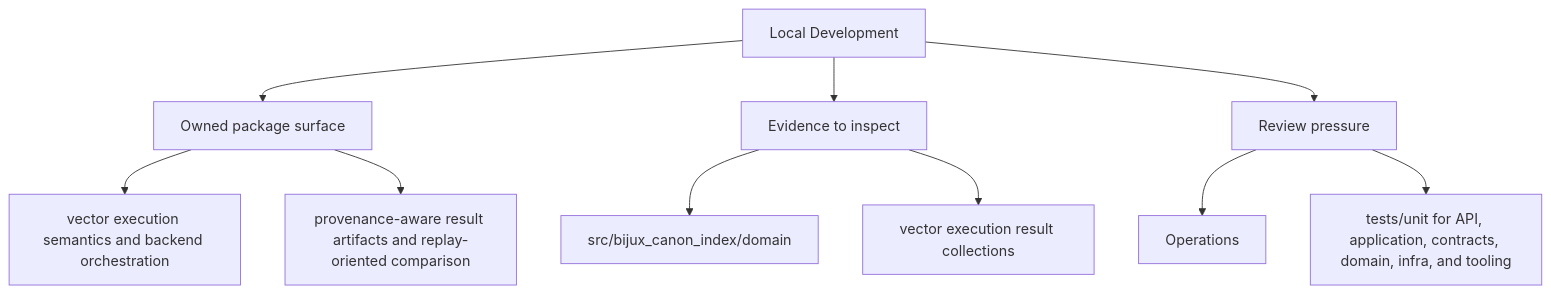
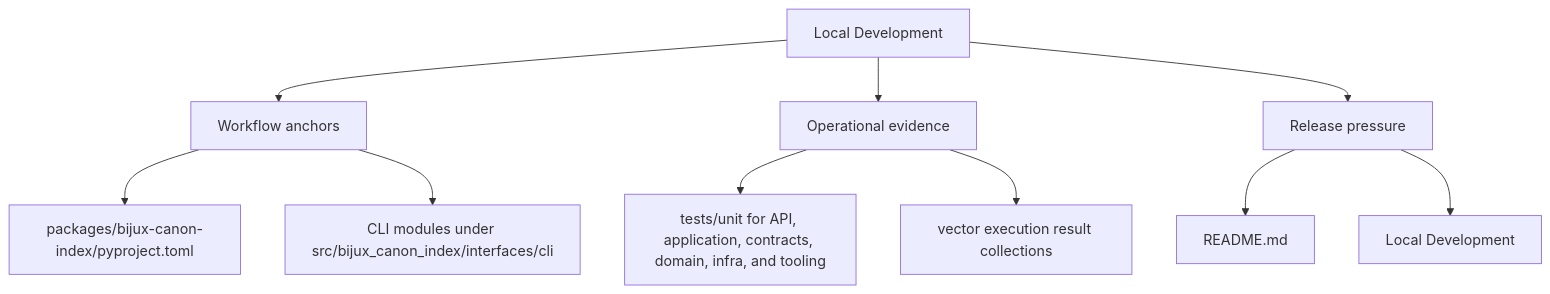
Before and after one commit to bijux/bijux-canon: the second of 2 diagrams in docs/bijux-canon-index/operations/local-development.md, drawn with Mermaid. The commit also changed other lines of this file and 250 other files, not shown here.

Commit message:
docs(diagrams): make product page maps more readable

````diff
--- a/docs/bijux-canon-index/operations/local-development.md
+++ b/docs/bijux-canon-index/operations/local-development.md
@@ -35,22 +35,22 @@
 ```mermaid
 flowchart TD
     page["Local Development"]
-    focus1["Owned package surface"]
+    focus1["Workflow anchors"]
     page --> focus1
-    focus1_1["vector execution semantics and backend orchestration"]
+    focus1_1["packages/bijux-canon-index/pyproject.toml"]
     focus1 --> focus1_1
-    focus1_2["provenance-aware result artifacts and replay-oriented comparison"]
+    focus1_2["CLI modules under src/bijux_canon_index/interfaces/cli"]
     focus1 --> focus1_2
-    focus2["Evidence to inspect"]
+    focus2["Operational evidence"]
     page --> focus2
-    focus2_1["src/bijux_canon_index/domain"]
+    focus2_1["tests/unit for API, application, contracts, domain, infra, and tooling"]
     focus2 --> focus2_1
     focus2_2["vector execution result collections"]
     focus2 --> focus2_2
-    focus3["Review pressure"]
+    focus3["Release pressure"]
     page --> focus3
-    focus3_1["Operations"]
+    focus3_1["README.md"]
     focus3 --> focus3_1
-    focus3_2["tests/unit for API, application, contracts, domain, infra, and tooling"]
+    focus3_2["Local Development"]
     focus3 --> focus3_2
 ```
````
